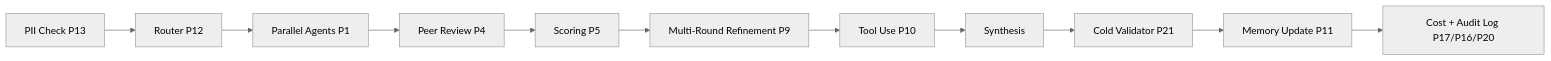
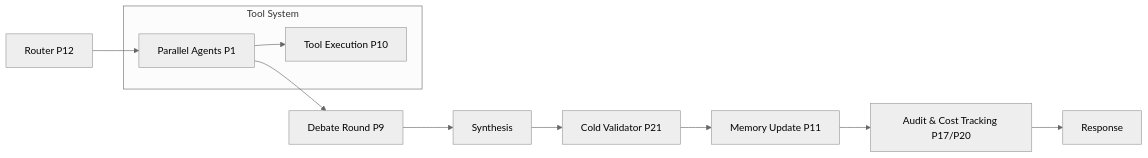
One commit to Yash-Awasthi/Judica changed the diagram in ROADMAP.md. Above: the diagram before and after it, drawn with Mermaid (neutral theme). The commit also changed other lines of this file and 134 other files, not shown here.

````diff
--- a/ROADMAP.md
+++ b/ROADMAP.md
@@ -19,13 +19,14 @@
 ```mermaid
 flowchart LR
-    A[PII Check P13] --> B[Router P12]
-    B --> C[Parallel Agents P1]
-    C --> D[Peer Review P4]
-    D --> E[Scoring P5]
-    E --> F[Multi-Round Refinement P9]
-    F --> G[Tool Use P10]
-    G --> H[Synthesis]
-    H --> I[Cold Validator P21]
-    I --> J[Memory Update P11]
-    J --> K[Cost + Audit Log P17/P16/P20]
+    A[Router P12] --> B[Parallel Agents P1]
+    B --> C[Debate Round P9]
+    C --> D[Synthesis]
+    D --> E[Cold Validator P21]
+    E --> F[Memory Update P11]
+    F --> G[Audit & Cost Tracking P17/P20]
+    G --> H[Response]
+    
+    subgraph "Tool System"
+        B --> Tools[Tool Execution P10]
+    end
 ```
````
